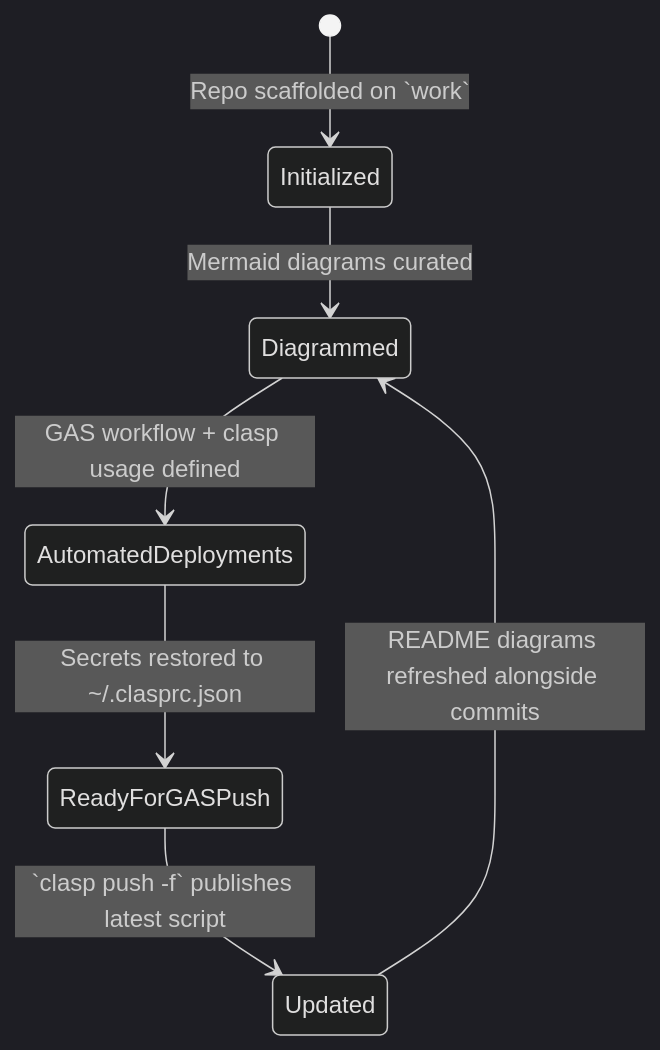
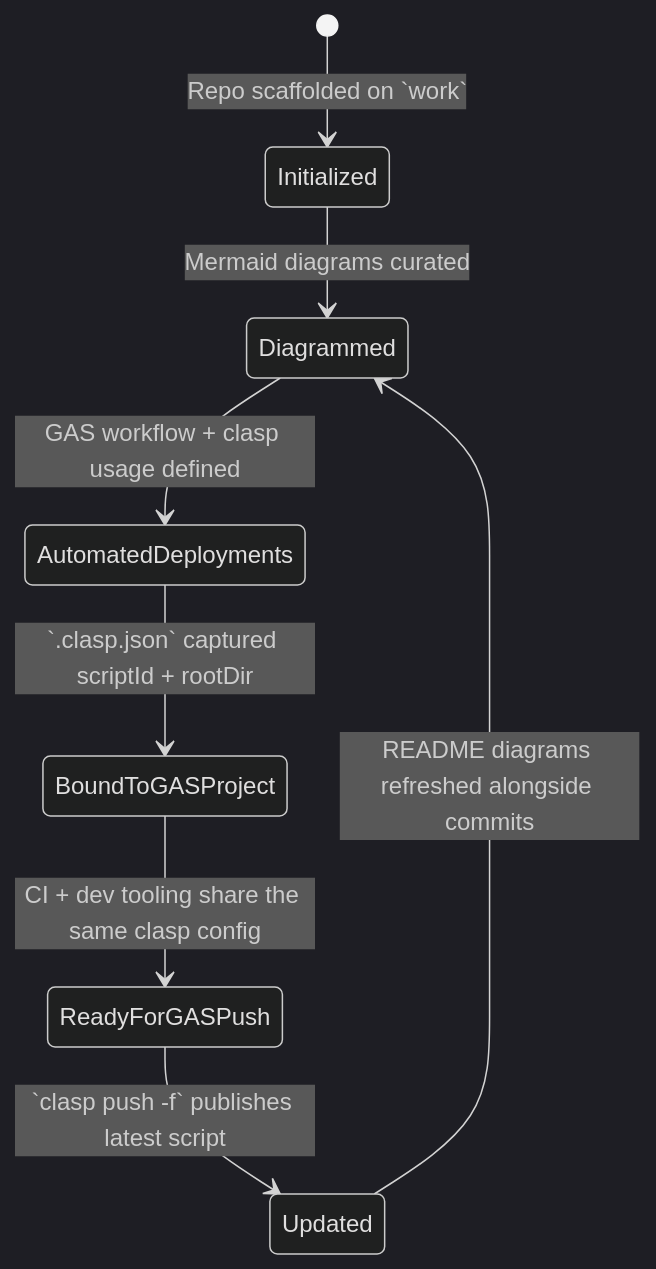
One commit to muyueh/test-clasp changed the second of 5 diagrams in README.md. Above: the diagram before and after it, drawn with Mermaid (dark theme). The commit also changed other lines of this file and 2 other files, not shown here.

Commit message:
Add clasp config

````diff
--- a/README.md
+++ b/README.md
@@ -16,9 +21,10 @@
 ```mermaid
 stateDiagram-v2
     [*] --> Initialized: Repo scaffolded on `work`
     Initialized --> Diagrammed: Mermaid diagrams curated
     Diagrammed --> AutomatedDeployments: GAS workflow + clasp usage defined
-    AutomatedDeployments --> ReadyForGASPush: Secrets restored to ~/.clasprc.json
+    AutomatedDeployments --> BoundToGASProject: `.clasp.json` captured scriptId + rootDir
+    BoundToGASProject --> ReadyForGASPush: CI + dev tooling share the same clasp config
     ReadyForGASPush --> Updated: `clasp push -f` publishes latest script
     Updated --> Diagrammed: README diagrams refreshed alongside commits
 ```
````
